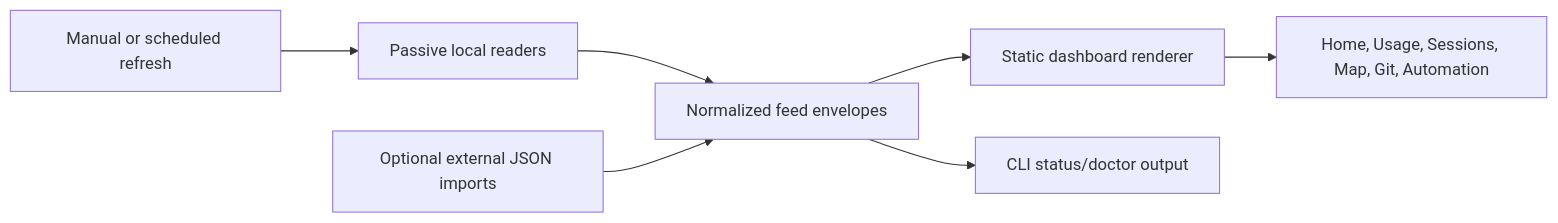
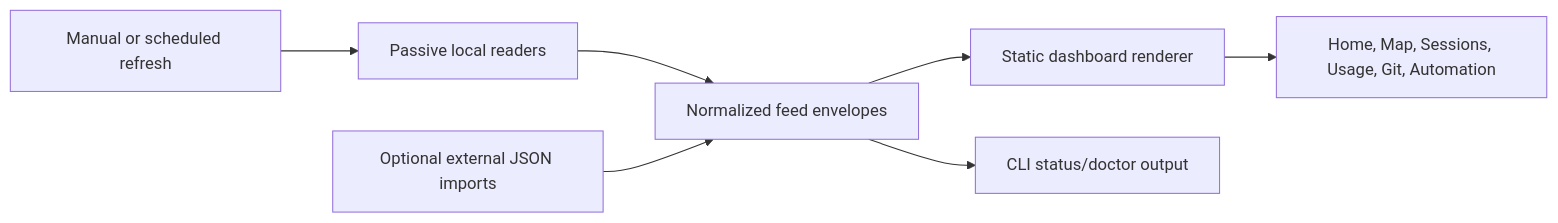
The diagram in records/2026-07-04-dashboard-coding-tracker-search-audit.md (trevor-commits/mission-control), drawn with Mermaid before and after one commit. The commit also changed other lines of this file and 9 other files, not shown here.

````diff
--- a/records/2026-07-04-dashboard-coding-tracker-search-audit.md
+++ b/records/2026-07-04-dashboard-coding-tracker-search-audit.md
@@ -151,9 +240,9 @@
 ```mermaid
 flowchart LR
   A["Passive local readers"] --> B["Normalized feed envelopes"]
   C["Optional external JSON imports"] --> B
   D["Manual or scheduled refresh"] --> A
   B --> E["Static dashboard renderer"]
   B --> F["CLI status/doctor output"]
-  E --> G["Home, Usage, Sessions, Map, Git, Automation"]
+  E --> G["Home, Map, Sessions, Usage, Git, Automation"]
 ```
````
